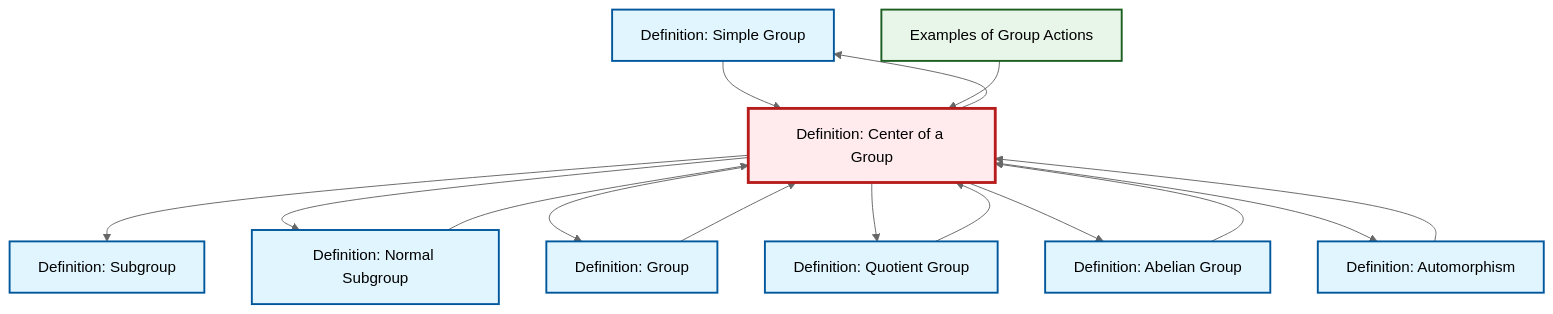
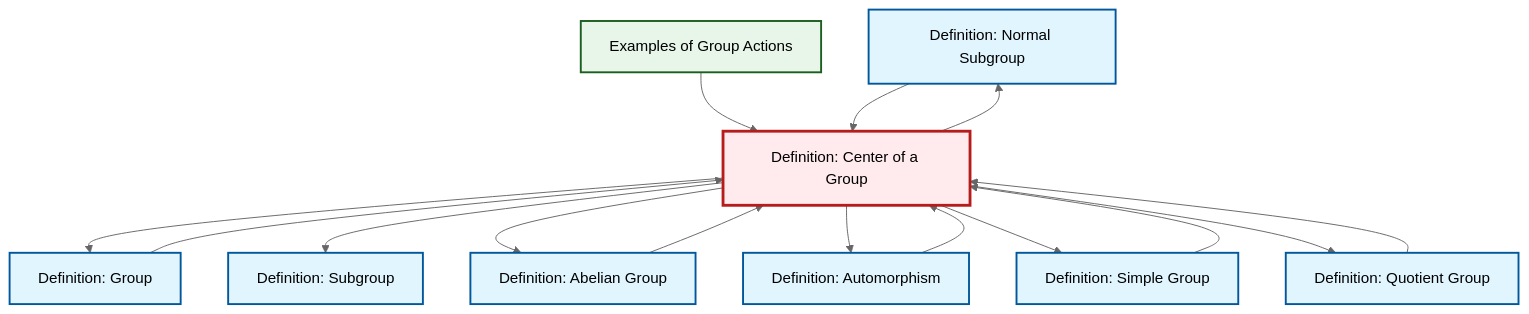
Before and after one commit to RK0429/ModernMath: the diagram in content/en/algebra/def-center-of-group.qmd, drawn with Mermaid (neutral theme). The commit also changed other lines of this file and 672 other files, not shown here.

````diff
--- a/content/en/algebra/def-center-of-group.qmd
+++ b/content/en/algebra/def-center-of-group.qmd
@@ -111,41 +111,41 @@
 ```{mermaid}
 %%| fig-cap: "Local dependency graph"
 graph TD
     classDef definition fill:#e1f5fe,stroke:#01579b,stroke-width:2px
     classDef theorem fill:#f3e5f5,stroke:#4a148c,stroke-width:2px
     classDef axiom fill:#fff3e0,stroke:#e65100,stroke-width:2px
     classDef example fill:#e8f5e9,stroke:#1b5e20,stroke-width:2px
     classDef current fill:#ffebee,stroke:#b71c1c,stroke-width:3px
+    def-subgroup["Definition: Subgroup"]:::definition
+    def-normal-subgroup["Definition: Normal Subgroup"]:::definition
+    def-quotient-group["Definition: Quotient Group"]:::definition
+    ex-group-action-examples["Examples of Group Actions"]:::example
+    def-automorphism["Definition: Automorphism"]:::definition
+    def-group["Definition: Group"]:::definition
+    def-center-of-group["Definition: Center of a Group"]:::definition
     def-simple-group["Definition: Simple Group"]:::definition
-    def-subgroup["Definition: Subgroup"]:::definition
-    def-quotient-group["Definition: Quotient Group"]:::definition
     def-abelian-group["Definition: Abelian Group"]:::definition
-    def-normal-subgroup["Definition: Normal Subgroup"]:::definition
-    def-center-of-group["Definition: Center of a Group"]:::definition
-    def-automorphism["Definition: Automorphism"]:::definition
-    ex-group-action-examples["Examples of Group Actions"]:::example
-    def-group["Definition: Group"]:::definition
+    def-center-of-group --> def-group
+    ex-group-action-examples --> def-center-of-group
+    def-quotient-group --> def-center-of-group
     def-center-of-group --> def-subgroup
+    def-group --> def-center-of-group
+    def-automorphism --> def-center-of-group
+    def-center-of-group --> def-abelian-group
+    def-simple-group --> def-center-of-group
     def-center-of-group --> def-normal-subgroup
+    def-abelian-group --> def-center-of-group
+    def-center-of-group --> def-automorphism
+    def-normal-subgroup --> def-center-of-group
     def-center-of-group --> def-simple-group
-    def-center-of-group --> def-group
-    def-abelian-group --> def-center-of-group
-    def-normal-subgroup --> def-center-of-group
-    def-group --> def-center-of-group
-    def-quotient-group --> def-center-of-group
     def-center-of-group --> def-quotient-group
-    def-center-of-group --> def-abelian-group
-    def-automorphism --> def-center-of-group
-    def-center-of-group --> def-automorphism
-    def-simple-group --> def-center-of-group
-    ex-group-action-examples --> def-center-of-group
     class def-center-of-group current
+    click def-subgroup "def-subgroup.html" "Go to Subgroup definition"
+    click def-normal-subgroup "def-normal-subgroup.html" "Go to Normal Subgroup definition"
+    click def-quotient-group "def-quotient-group.html" "Go to Quotient Group definition"
+    click ex-group-action-examples "ex-group-action-examples.html" "Go to Examples of Group Actions"
+    click def-automorphism "def-automorphism.html" "Go to Automorphism definition"
+    click def-group "def-group.html" "Go to Group definition"
     click def-simple-group "def-simple-group.html" "Go to Simple Group definition"
-    click def-subgroup "def-subgroup.html" "Go to Subgroup definition"
-    click def-quotient-group "def-quotient-group.html" "Go to Quotient Group definition"
     click def-abelian-group "def-abelian-group.html" "Go to Abelian Group definition"
-    click def-normal-subgroup "def-normal-subgroup.html" "Go to Normal Subgroup definition"
-    click def-automorphism "def-automorphism.html" "Go to Automorphism definition"
-    click ex-group-action-examples "ex-group-action-examples.html" "Go to Examples of Group Actions"
-    click def-group "def-group.html" "Go to Group definition"
 ```
````
